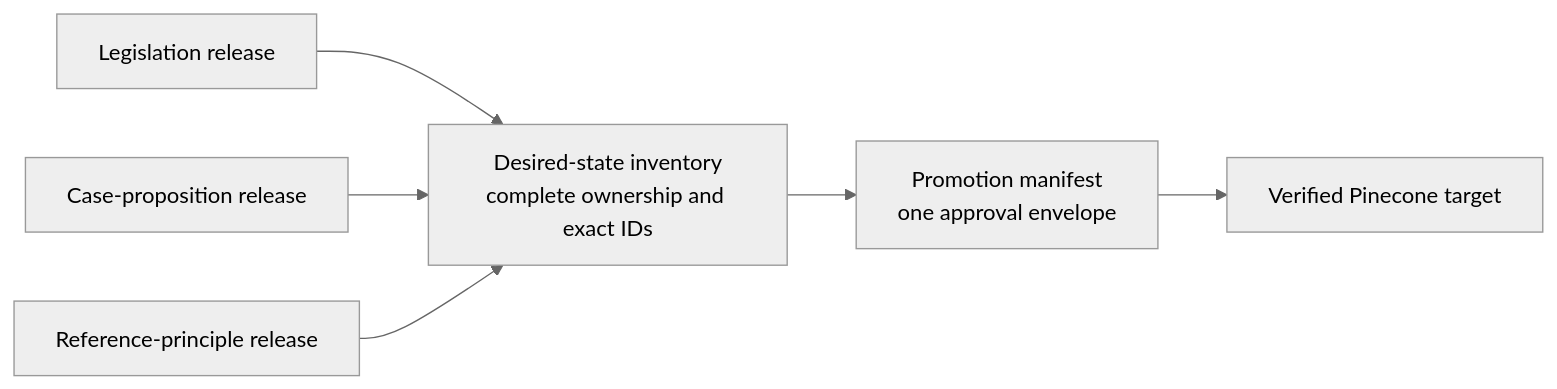
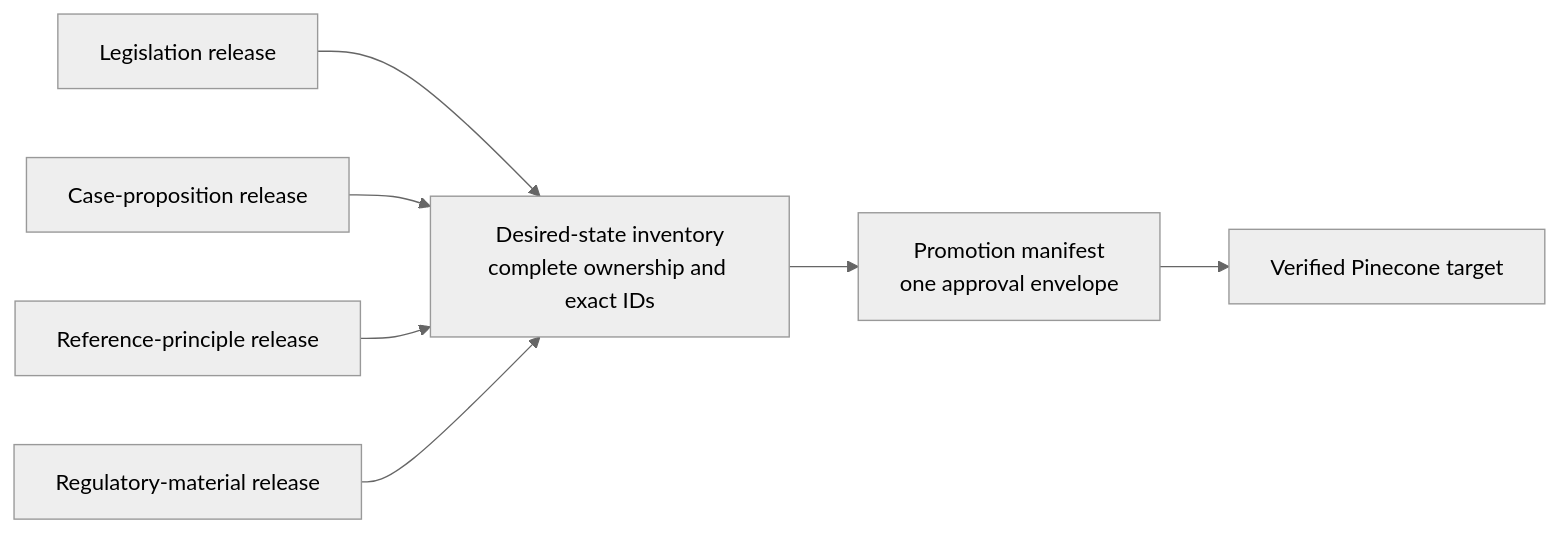
The fifth of 23 diagrams in docs/design/INITIAL_OVERALL_PIPELINE_DESIGN.md (stevw-repo/AutonomousLCP), drawn with Mermaid (neutral theme) before and after one commit. The commit also changed other lines of this file and 96 other files, not shown here.

````diff
--- a/docs/design/INITIAL_OVERALL_PIPELINE_DESIGN.md
+++ b/docs/design/INITIAL_OVERALL_PIPELINE_DESIGN.md
@@ -269,14 +375,16 @@
 ```mermaid
 flowchart LR
     L["Legislation release"]
     C["Case-proposition release"]
     H["Reference-principle release"]
+    G["Regulatory-material release"]
     M["Desired-state inventory<br/>complete ownership and exact IDs"]
     P["Promotion manifest<br/>one approval envelope"]
     T["Verified Pinecone target"]
 
     L --> M
     C --> M
     H --> M
+    G --> M
     M --> P --> T
 ```
````
